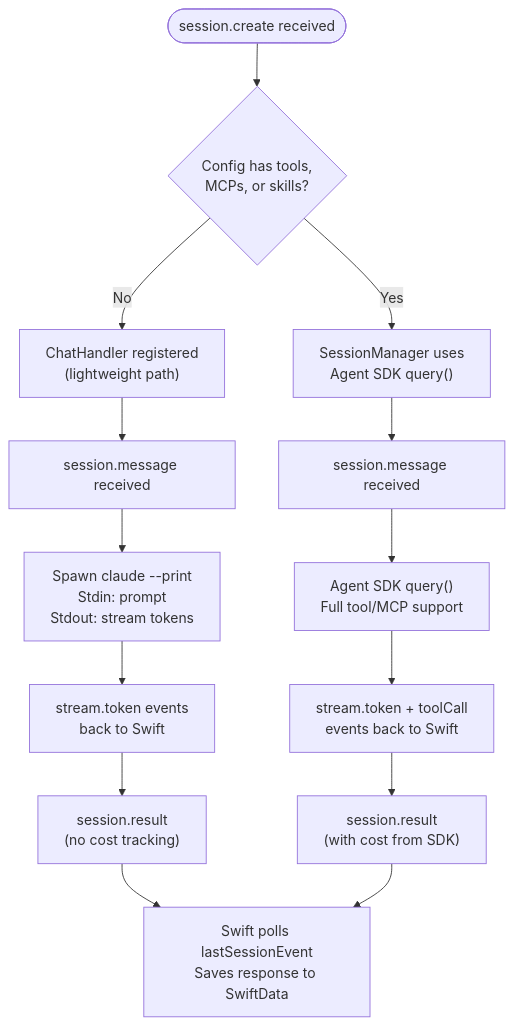
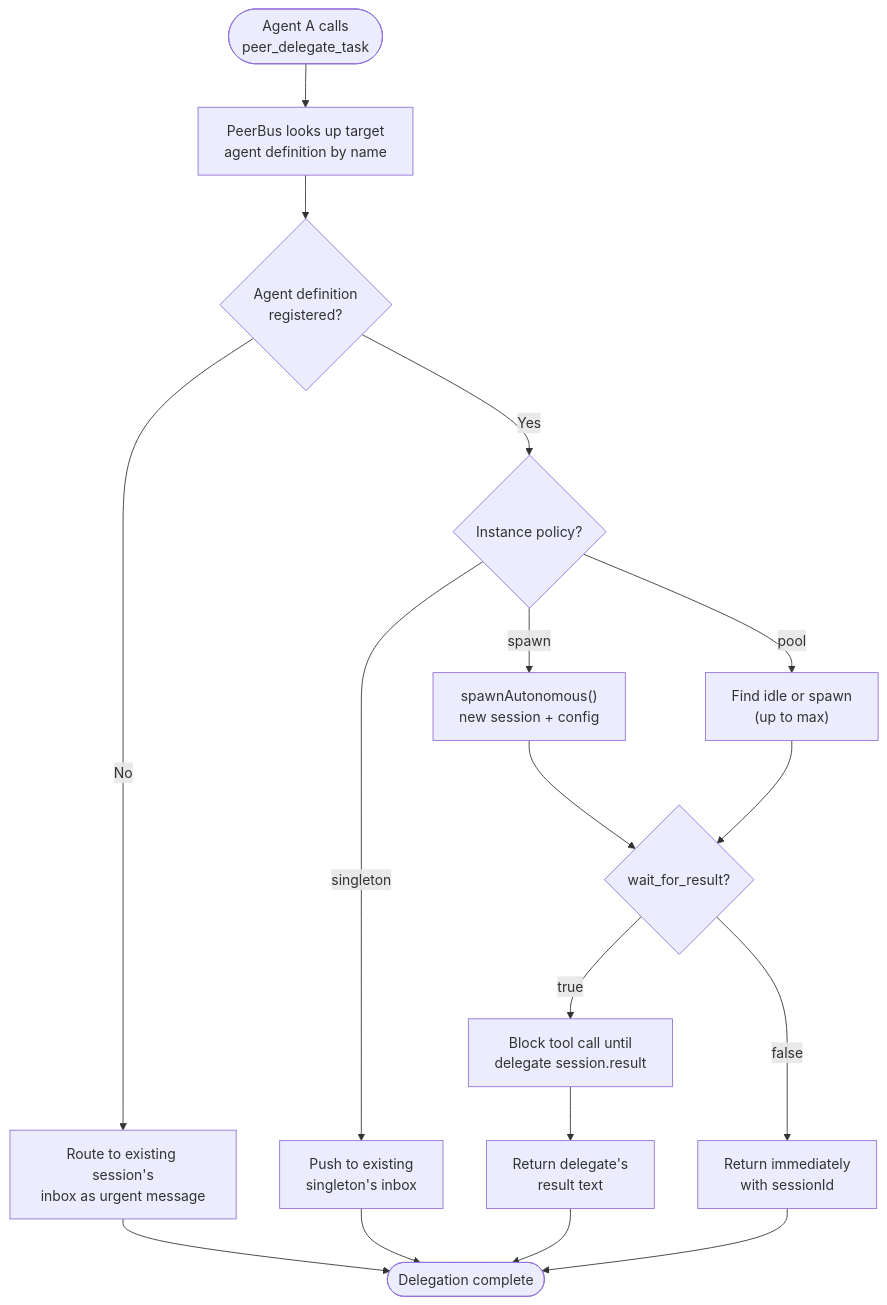
The sixth of 11 diagrams in SPEC.md (shayke-cohen/ClaudeStudio), drawn with Mermaid before and after one commit. The commit also changed other lines of this file and 95 other files, not shown here.

````diff
--- a/SPEC.md
+++ b/SPEC.md
@@ -569,16 +753,19 @@
 ```mermaid
 flowchart TD
-    Create([session.create received]) --> Check{"Config has tools,\nMCPs, or skills?"}
-    Check -->|No| Simple["ChatHandler registered\n(lightweight path)"]
-    Check -->|Yes| Agent["SessionManager uses\nAgent SDK query()"]
-    Simple --> Msg["session.message received"]
-    Agent --> Msg2["session.message received"]
-    Msg --> Claude["Spawn claude --print\nStdin: prompt\nStdout: stream tokens"]
-    Msg2 --> SDK["Agent SDK query()\nFull tool/MCP support"]
-    Claude --> Tokens["stream.token events\nback to Swift"]
-    SDK --> Tokens2["stream.token + toolCall\nevents back to Swift"]
-    Tokens --> Result["session.result\n(no cost tracking)"]
-    Tokens2 --> Result2["session.result\n(with cost from SDK)"]
-    Result --> Save["Swift polls lastSessionEvent\nSaves response to SwiftData"]
-    Result2 --> Save
+    Trigger([Agent A calls\npeer_delegate_task]) --> Lookup["PeerBus looks up target\nagent definition by name"]
+    Lookup --> Found{"Agent definition\nregistered?"}
+    Found -->|No| Inbox["Route to existing session's\ninbox as urgent message"]
+    Found -->|Yes| Policy{"Instance policy?"}
+    Policy -->|spawn| Spawn["spawnAutonomous()\nnew session + config"]
+    Policy -->|singleton| Queue["Push to existing\nsingleton's inbox"]
+    Policy -->|pool| Pool["Find idle or spawn\n(up to max)"]
+    Spawn --> Wait{"wait_for_result?"}
+    Wait -->|true| Block["Block tool call until\ndelegate session.result"]
+    Wait -->|false| Return["Return immediately\nwith sessionId"]
+    Block --> Result["Return delegate's\nresult text"]
+    Inbox --> Done([Delegation complete])
+    Queue --> Done
+    Pool --> Wait
+    Result --> Done
+    Return --> Done
 ```
````
